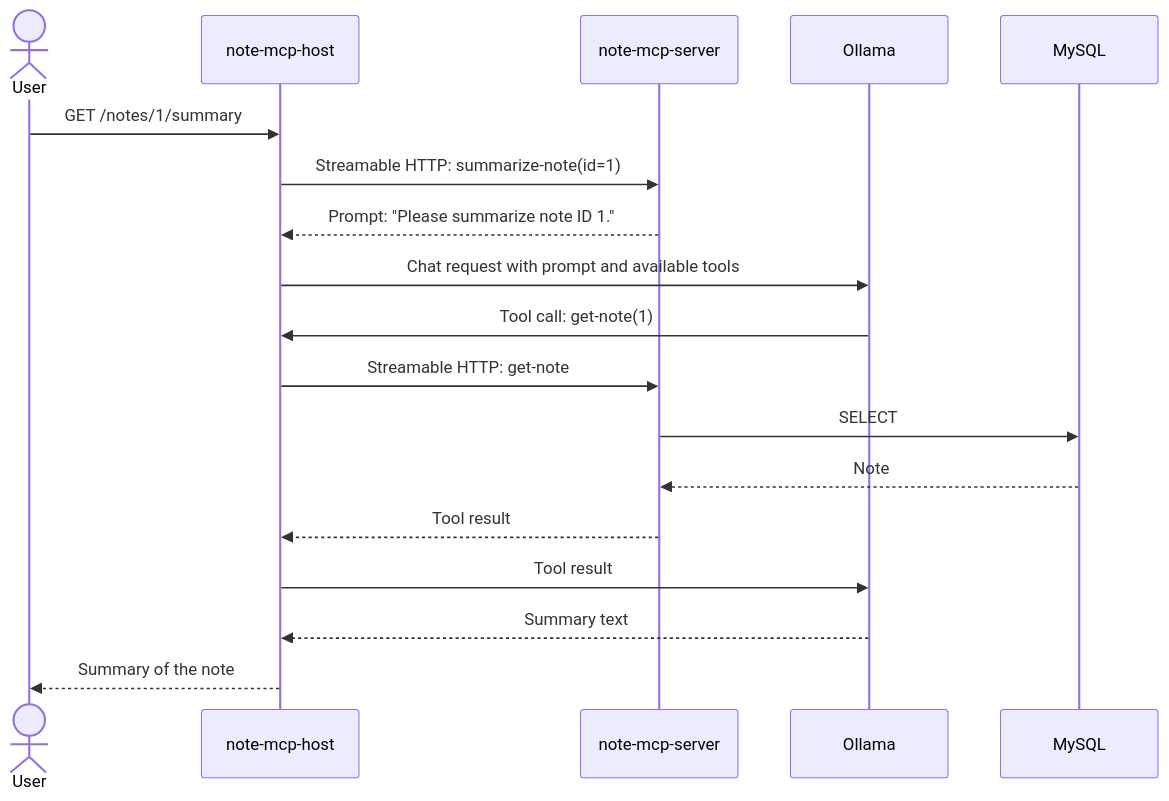
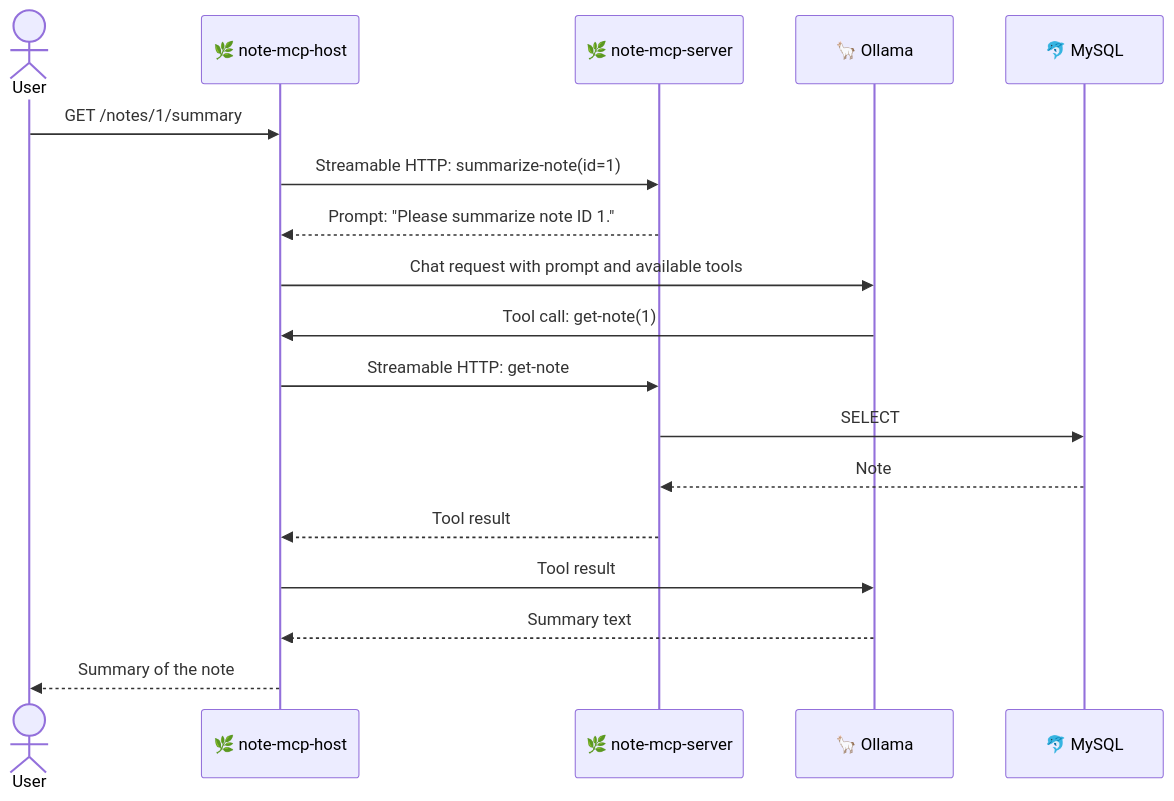
Before and after one commit to hainet50b/spring-ai-mcp-example: the fourth of 4 diagrams in README.md, drawn with Mermaid. The commit also changed other lines of this file, not shown here.

Commit message:
Add sequence diagrams with emoji icons to README Usage sections

````diff
--- a/README.md
+++ b/README.md
@@ -176,21 +214,21 @@
 ```mermaid
 sequenceDiagram
     actor User
-    participant Host as note-mcp-host
-    participant Server as note-mcp-server
-    participant Ollama
-    participant MySQL
+    participant Host as 🌿 note-mcp-host
+    participant Server as 🌿 note-mcp-server
+    participant Ollama as 🦙 Ollama
+    participant MySQL as 🐬 MySQL
 
     User->>Host: GET /notes/1/summary
     Host->>Server: Streamable HTTP: summarize-note(id=1)
     Server-->>Host: Prompt: "Please summarize note ID 1."
     Host->>Ollama: Chat request with prompt and available tools
     Ollama->>Host: Tool call: get-note(1)
     Host->>Server: Streamable HTTP: get-note
     Server->>MySQL: SELECT
     MySQL-->>Server: Note
     Server-->>Host: Tool result
     Host->>Ollama: Tool result
     Ollama-->>Host: Summary text
     Host-->>User: Summary of the note
 ```
````
